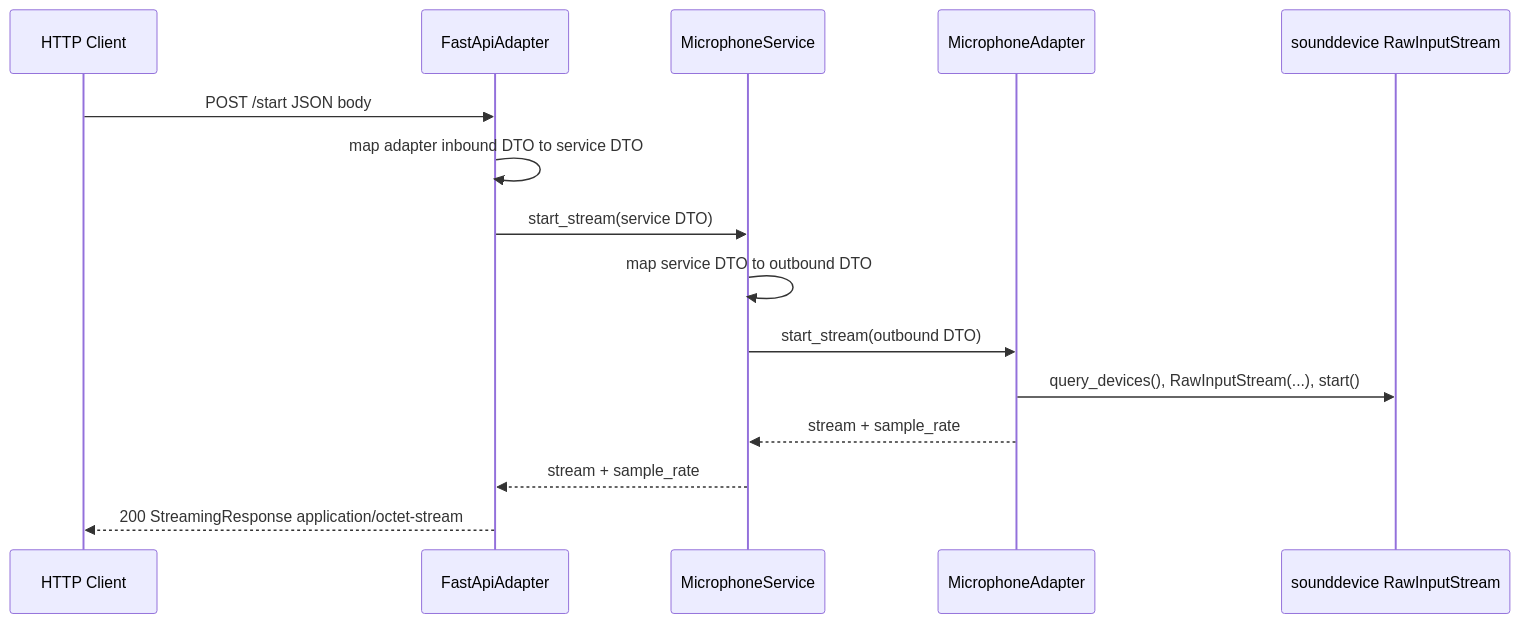
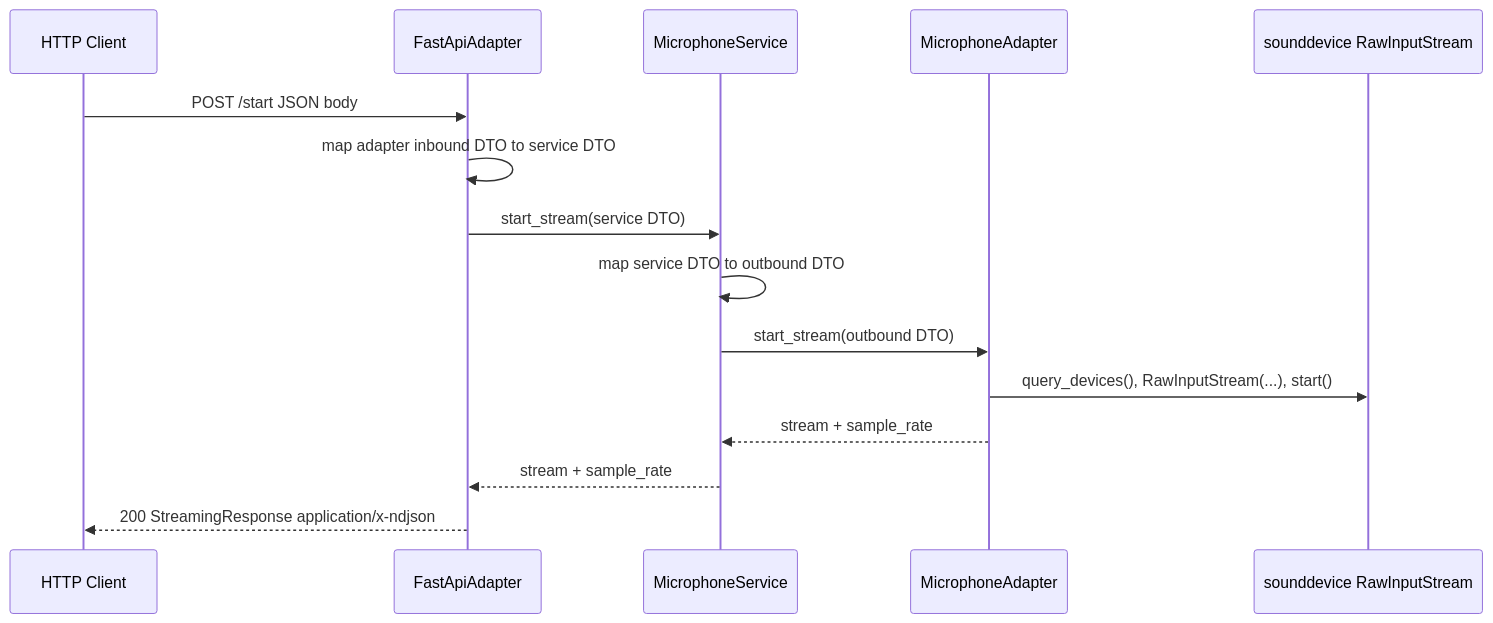
Before and after one commit to DanielCalvo-Calvicia/brain_microservice: the second of 3 diagrams in docs/README_MICROPHONE.md, drawn with Mermaid. The commit also changed other lines of this file and 167 other files, not shown here.

````diff
--- a/docs/README_MICROPHONE.md
+++ b/docs/README_MICROPHONE.md
@@ -134,18 +229,18 @@
 ```mermaid
 sequenceDiagram
     participant C as HTTP Client
     participant A as FastApiAdapter
     participant S as MicrophoneService
     participant M as MicrophoneAdapter
     participant D as sounddevice RawInputStream
 
     C->>A: POST /start JSON body
     A->>A: map adapter inbound DTO to service DTO
     A->>S: start_stream(service DTO)
     S->>S: map service DTO to outbound DTO
     S->>M: start_stream(outbound DTO)
     M->>D: query_devices(), RawInputStream(...), start()
     M-->>S: stream + sample_rate
     S-->>A: stream + sample_rate
-    A-->>C: 200 StreamingResponse application/octet-stream
+    A-->>C: 200 StreamingResponse application/x-ndjson
 ```
````
